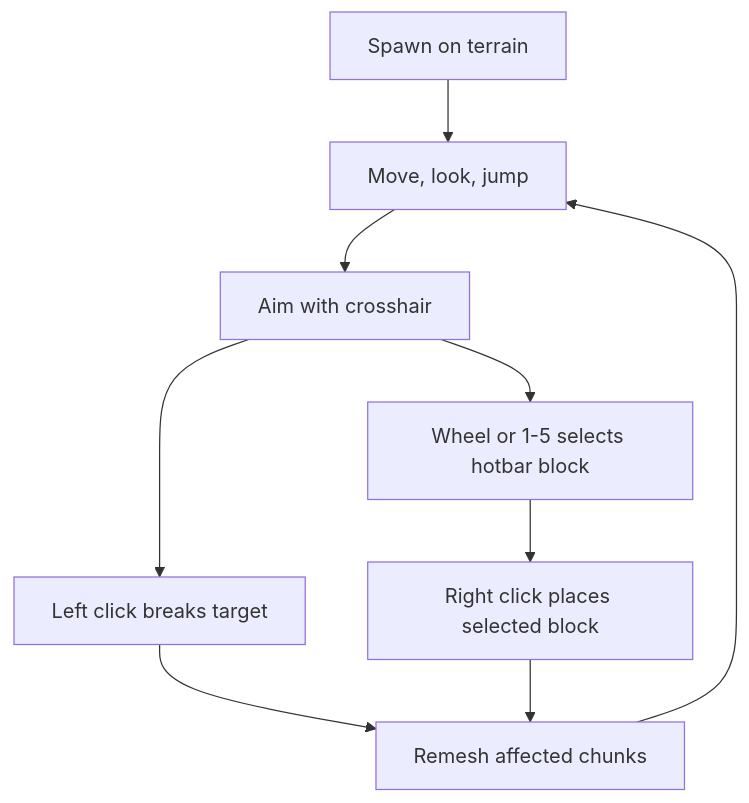
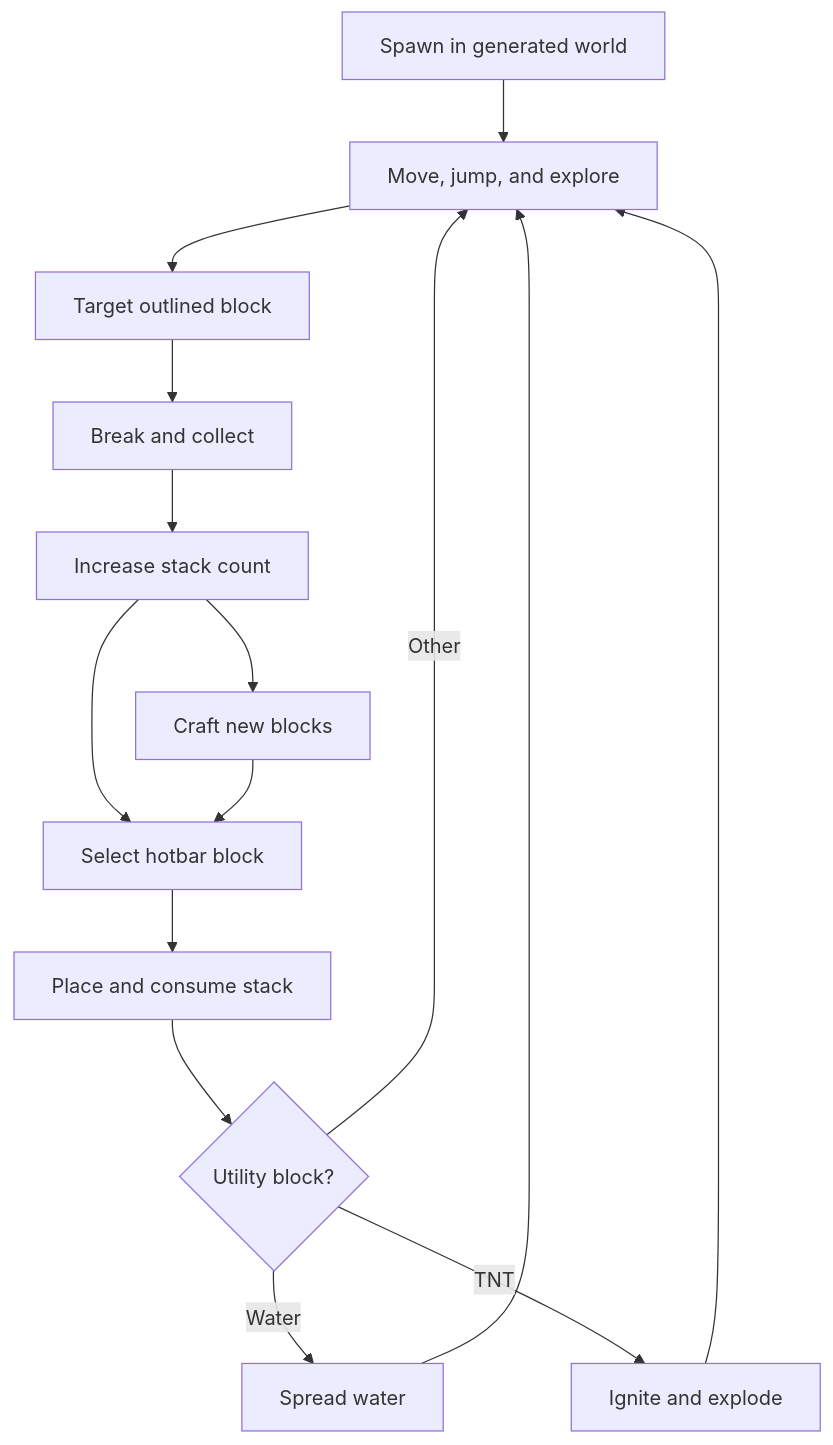
One commit to scottrobertson97/blocks-game changed the first of 5 diagrams in docs/GAMEPLAY_SYSTEMS.md. Above: the diagram before and after it, drawn with Mermaid. The commit also changed other lines of this file and 28 other files, not shown here.

````diff
--- a/docs/GAMEPLAY_SYSTEMS.md
+++ b/docs/GAMEPLAY_SYSTEMS.md
@@ -7,11 +7,17 @@
 ```mermaid
 flowchart TD
-  Spawn["Spawn on terrain"] --> Explore["Move, look, jump"]
-  Explore --> Aim["Aim with crosshair"]
-  Aim --> Break["Left click breaks target"]
-  Aim --> Select["Wheel or 1-5 selects hotbar block"]
-  Select --> Place["Right click places selected block"]
-  Break --> Remesh["Remesh affected chunks"]
-  Place --> Remesh
-  Remesh --> Explore
+  Spawn["Spawn in generated world"] --> Explore["Move, jump, and explore"]
+  Explore --> Aim["Target outlined block"]
+  Aim --> Break["Break and collect"]
+  Break --> Count["Increase stack count"]
+  Count --> Select["Select hotbar block"]
+  Select --> Place["Place and consume stack"]
+  Count --> Craft["Craft new blocks"]
+  Craft --> Select
+  Place --> Utility{"Utility block?"}
+  Utility -- Water --> Flow["Spread water"]
+  Utility -- TNT --> Blast["Ignite and explode"]
+  Utility -- Other --> Explore
+  Flow --> Explore
+  Blast --> Explore
 ```
````
